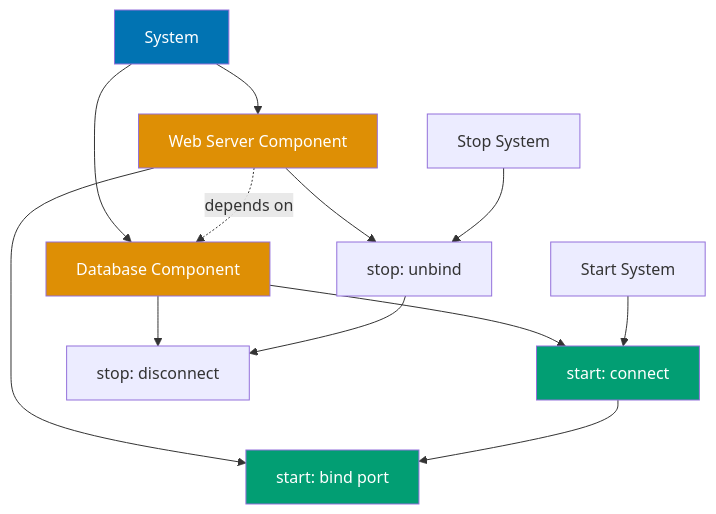
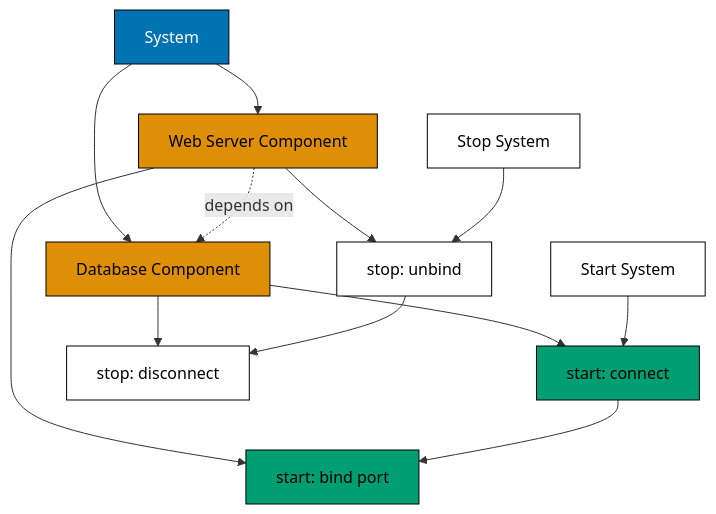
One commit to wahidyankf/ose-public changed the eighth of 13 diagrams in apps/ayokoding-www/content/en/learn/legacy/software-engineering/programming-languages/clojure/by-example/advanced.md. Above: the diagram before and after it, drawn with Mermaid. The commit also changed other lines of this file and 112 other files, not shown here.

First line of the commit message:
fix(mermaid): bring the legacy programming-languages diagrams onto the accessible palette

````diff
--- a/apps/ayokoding-www/content/en/learn/legacy/software-engineering/programming-languages/clojure/by-example/advanced.md
+++ b/apps/ayokoding-www/content/en/learn/legacy/software-engineering/programming-languages/clojure/by-example/advanced.md
@@ -579,23 +621,29 @@
 ```mermaid
 %% Component dependency graph
 graph TD
+    accTitle: Example 63: Component Architecture
+    accDescr: Graph with 9 nodes and 10 connections. Nodes: System, Database Component, Web Server Component, start: connect, stop: disconnect, start: bind port, stop: unbind, Start System, Stop System. Connections: System to Database Component, System to Web Server Component, Database Component to start: connect, Database Component to stop: disconnect, Web Server Component to start: bind port, Web Server Component to stop: unbind, Start System to start: connect, start: connect to start: bind port, Stop System to stop: unbind, stop: unbind to stop: disconnect.
     A[System] --> B[Database Component]
     A --> C[Web Server Component]
     C -.depends on.-> B
 
     B --> D[start: connect]
     B --> E[stop: disconnect]
     C --> F[start: bind port]
     C --> G[stop: unbind]
 
     H[Start System] --> D
     D --> F
     I[Stop System] --> G
     G --> E
 
-    style A fill:#0173B2,color:#fff
-    style B fill:#DE8F05,color:#fff
-    style C fill:#DE8F05,color:#fff
-    style D fill:#029E73,color:#fff
-    style F fill:#029E73,color:#fff
+    classDef pal-0173B2 fill:#0173B2,stroke:#000000,color:#FFFFFF
+    class A pal-0173B2
+    classDef pal-DE8F05 fill:#DE8F05,stroke:#000000,color:#000000
+    class B pal-DE8F05
+    class C pal-DE8F05
+    classDef pal-029E73 fill:#029E73,stroke:#000000,color:#000000
+    class D pal-029E73
+    class F pal-029E73
+    classDef default fill:#FFFFFF,stroke:#000000,color:#000000
 ```
````
